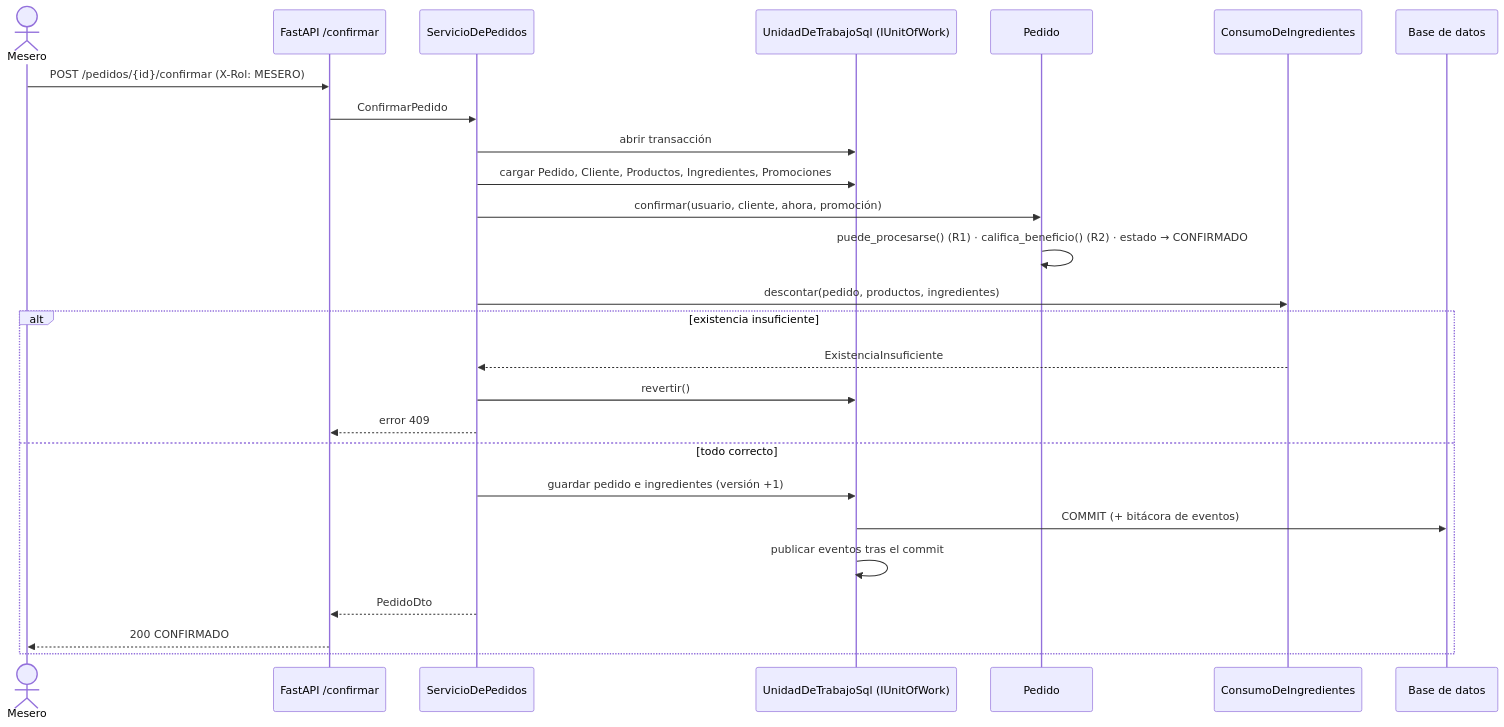
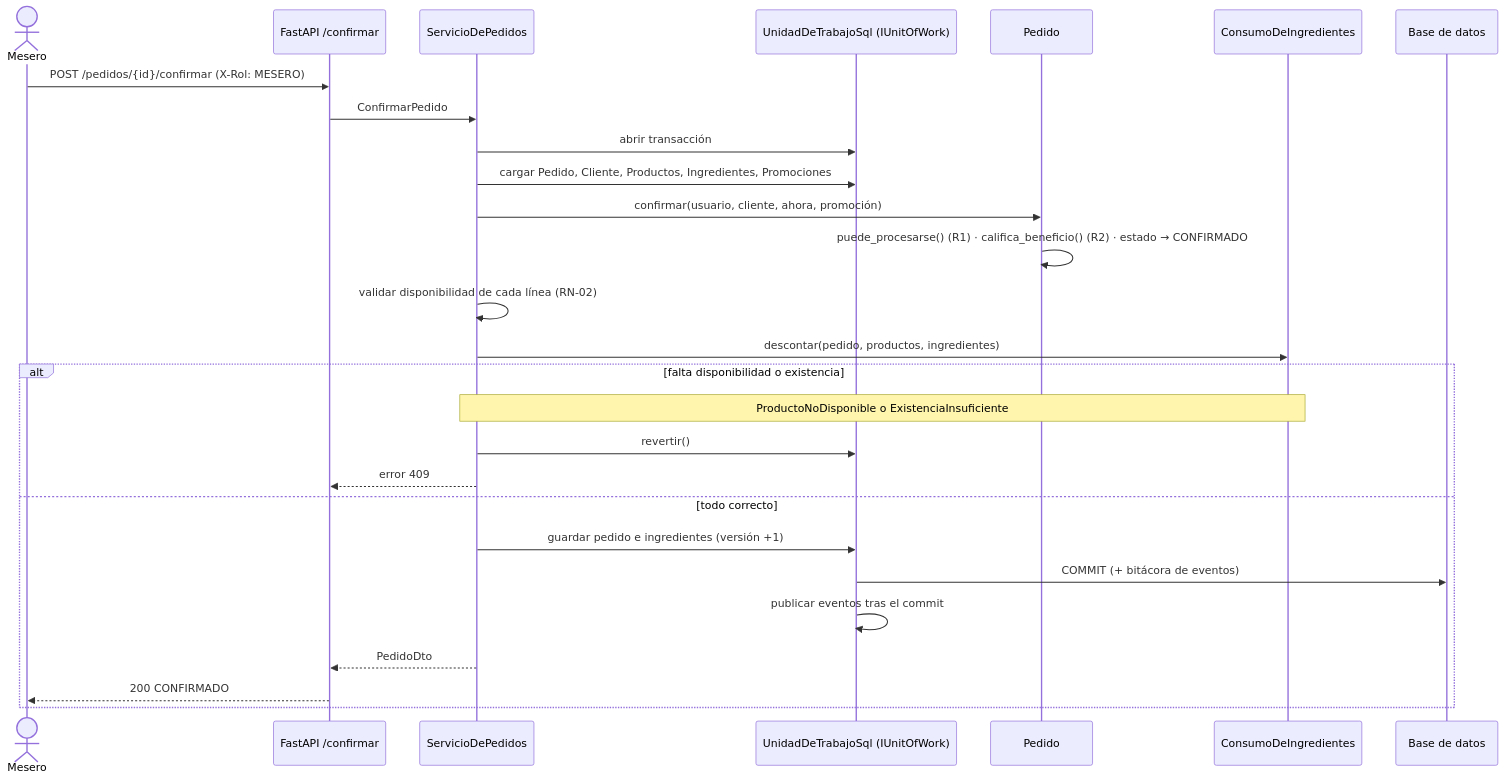
One commit to Sebastian-Esp1/PIA-CLN-EQUIPO-3 changed the diagram in docs/architecture/diagrams/secuencia_confirmar.mmd. Above: the diagram before and after it, drawn with Mermaid. The commit also changed 4 other files, not shown here.

```diff
--- a/docs/architecture/diagrams/secuencia_confirmar.mmd
+++ b/docs/architecture/diagrams/secuencia_confirmar.mmd
@@ -1,26 +1,27 @@
 sequenceDiagram
   actor M as Mesero
   participant API as FastAPI /confirmar
   participant S as ServicioDePedidos
   participant UoW as UnidadDeTrabajoSql (IUnitOfWork)
   participant P as Pedido
   participant C as ConsumoDeIngredientes
   participant DB as Base de datos
   M->>API: POST /pedidos/{id}/confirmar (X-Rol: MESERO)
   API->>S: ConfirmarPedido
   S->>UoW: abrir transacción
   S->>UoW: cargar Pedido, Cliente, Productos, Ingredientes, Promociones
   S->>P: confirmar(usuario, cliente, ahora, promoción)
   P->>P: puede_procesarse() (R1) · califica_beneficio() (R2) · estado → CONFIRMADO
+  S->>S: validar disponibilidad de cada línea (RN-02)
   S->>C: descontar(pedido, productos, ingredientes)
-  alt existencia insuficiente
-    C-->>S: ExistenciaInsuficiente
+  alt falta disponibilidad o existencia
+    Note over S,C: ProductoNoDisponible o ExistenciaInsuficiente
     S->>UoW: revertir()
     S-->>API: error 409
   else todo correcto
     S->>UoW: guardar pedido e ingredientes (versión +1)
     UoW->>DB: COMMIT (+ bitácora de eventos)
     UoW->>UoW: publicar eventos tras el commit
     S-->>API: PedidoDto
     API-->>M: 200 CONFIRMADO
   end
```
